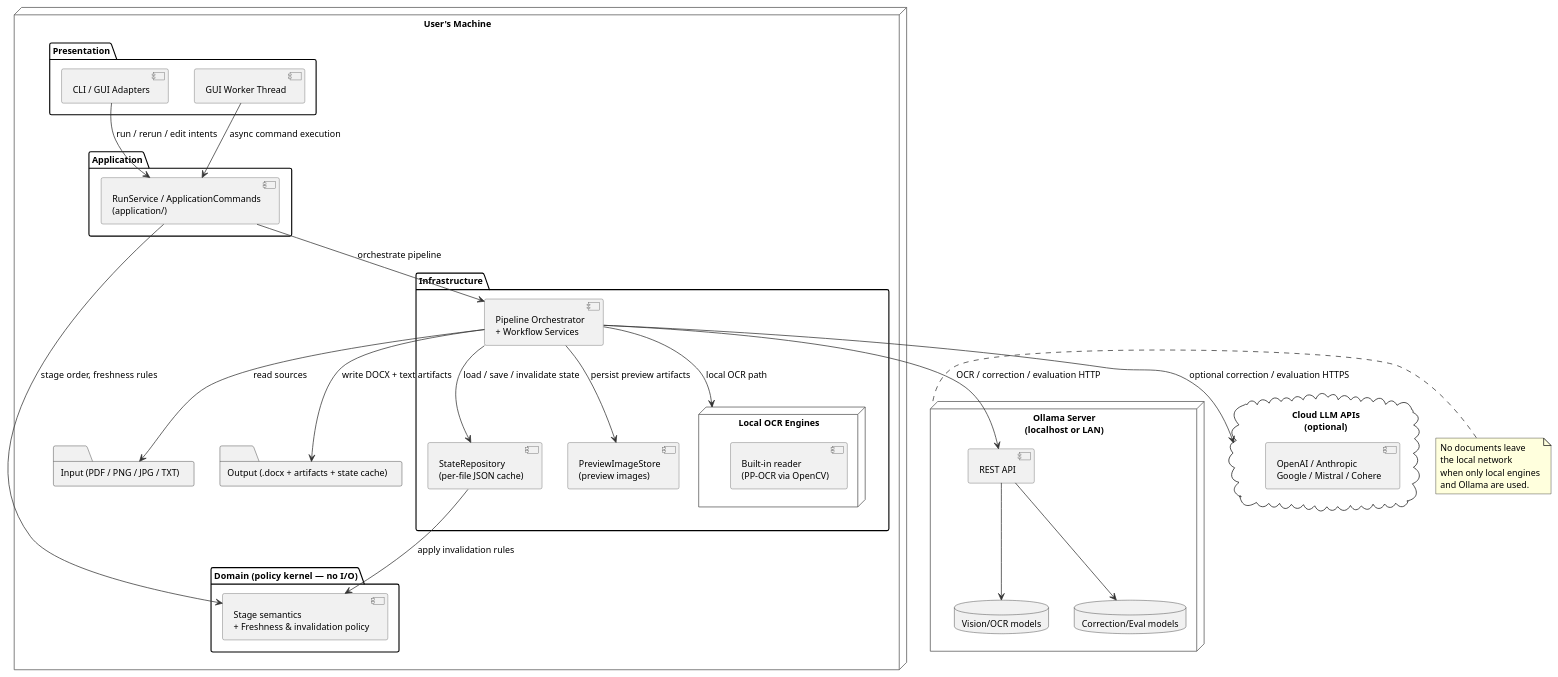
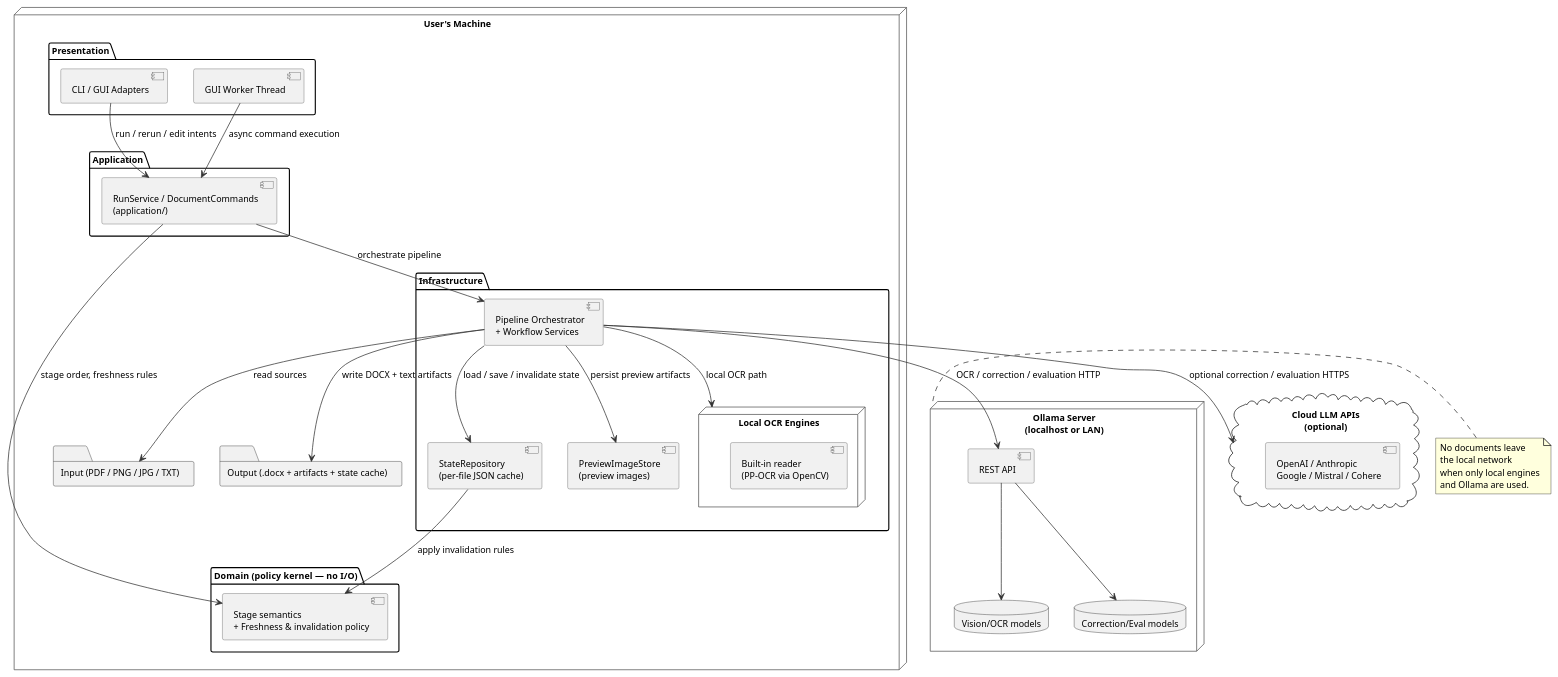
Before and after one commit to JoHoenk/teachers-teammate: the diagram in docs/assets/deployment_diagram.puml, drawn with PlantUML. The commit also changed 32 other files, not shown here.

```diff
--- a/docs/assets/deployment_diagram.puml
+++ b/docs/assets/deployment_diagram.puml
@@ -1,75 +1,75 @@
 @startuml Teacher's Teammate — Deployment Diagram (Layered Runtime)
 top to bottom direction
 
 skinparam defaultFontSize 12
 skinparam nodeBorderColor #555555
 skinparam componentBorderColor #555555
 skinparam arrowColor #333333
 skinparam shadowing false
 skinparam noteBackgroundColor #FFFFDD
 
 node "User's Machine" as LOCAL {
   package "Presentation" {
     component "CLI / GUI Adapters" as PRES
     component "GUI Worker Thread" as WORKER
   }
 
   package "Application" {
-    component "RunService / ApplicationCommands\n(application/)" as APP
+    component "RunService / DocumentCommands\n(application/)" as APP
   }
 
   package "Domain  (policy kernel — no I/O)" {
     component "Stage semantics\n+ Freshness & invalidation policy" as DOMAIN
   }
 
   package "Infrastructure" {
     component "Pipeline Orchestrator\n+ Workflow Services" as WORKFLOW
     component "StateRepository\n(per-file JSON cache)" as STATE
     component "PreviewImageStore\n(preview images)" as ART
     node "Local OCR Engines" as LOCAL_OCR {
       component "Built-in reader\n(PP-OCR via OpenCV)" as READER
     }
   }
 
   folder "Input (PDF / PNG / JPG / TXT)" as IN_FILES
   folder "Output (.docx + artifacts + state cache)" as OUT_FILES
 }
 
 node "Ollama Server\n(localhost or LAN)" as OLLAMA_HOST {
   component "REST API" as OLLAMA_API
   database "Vision/OCR models" as OCR_MDL
   database "Correction/Eval models" as CORR_MDL
   OLLAMA_API --> OCR_MDL
   OLLAMA_API --> CORR_MDL
 }
 
 note right of OLLAMA_HOST
   No documents leave
   the local network
   when only local engines
   and Ollama are used.
 end note
 
 cloud "Cloud LLM APIs\n(optional)" as CLOUD {
   component "OpenAI / Anthropic\nGoogle / Mistral / Cohere" as PROVIDERS
 }
 
 ' Control flow
 PRES   --> APP      : run / rerun / edit intents
 WORKER --> APP      : async command execution
 
 ' Application consults domain policy and delegates to infrastructure
 APP --> DOMAIN   : stage order, freshness rules
 APP --> WORKFLOW : orchestrate pipeline
 
 ' Infrastructure does all I/O
 WORKFLOW --> STATE        : load / save / invalidate state
 STATE    --> DOMAIN       : apply invalidation rules
 WORKFLOW --> ART          : persist preview artifacts
 WORKFLOW --> LOCAL_OCR    : local OCR path
 WORKFLOW --> OLLAMA_API   : OCR / correction / evaluation HTTP
 WORKFLOW --> CLOUD        : optional correction / evaluation HTTPS
 WORKFLOW --> IN_FILES     : read sources
 WORKFLOW --> OUT_FILES    : write DOCX + text artifacts
 
 @enduml
```
